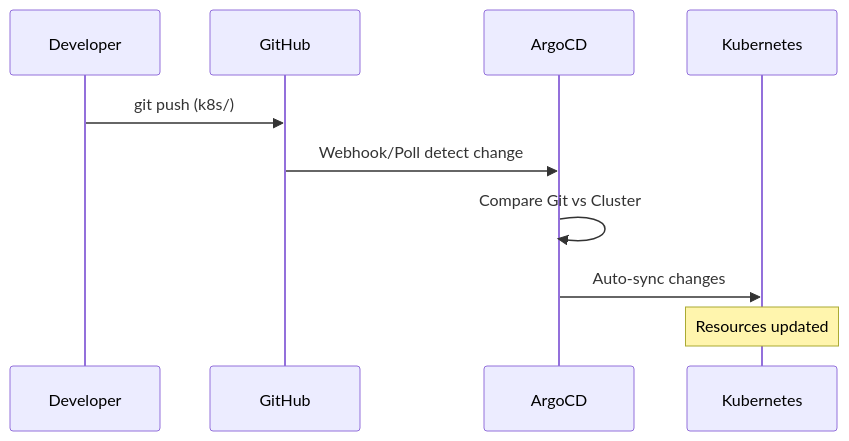
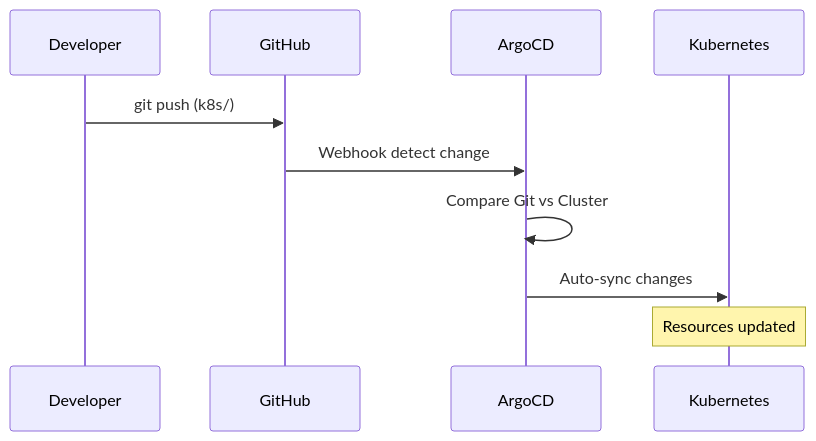
The fourth of 6 diagrams in docs/05-gitops-architecture.md (jesbensevi/talana-sre-challenge), drawn with Mermaid before and after one commit. The commit also changed other lines of this file and 3 other files, not shown here.

````diff
--- a/docs/05-gitops-architecture.md
+++ b/docs/05-gitops-architecture.md
@@ -134,13 +142,13 @@
 ```mermaid
 sequenceDiagram
     participant Dev as Developer
     participant GH as GitHub
     participant Argo as ArgoCD
     participant K8s as Kubernetes
 
     Dev->>GH: git push (k8s/)
-    GH->>Argo: Webhook/Poll detect change
+    GH->>Argo: Webhook detect change
     Argo->>Argo: Compare Git vs Cluster
     Argo->>K8s: Auto-sync changes
     Note over K8s: Resources updated
 ```
````
